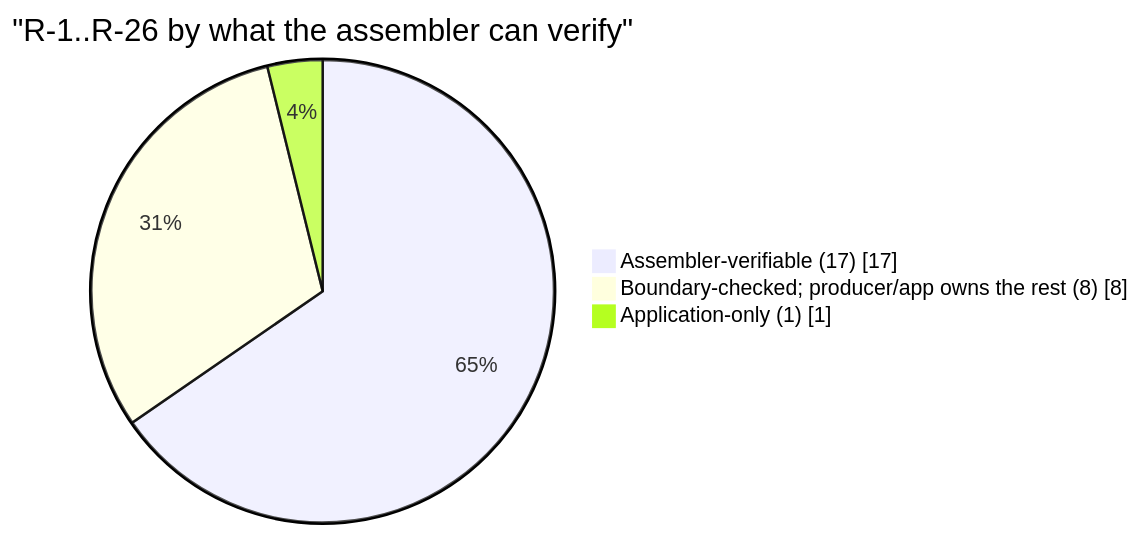
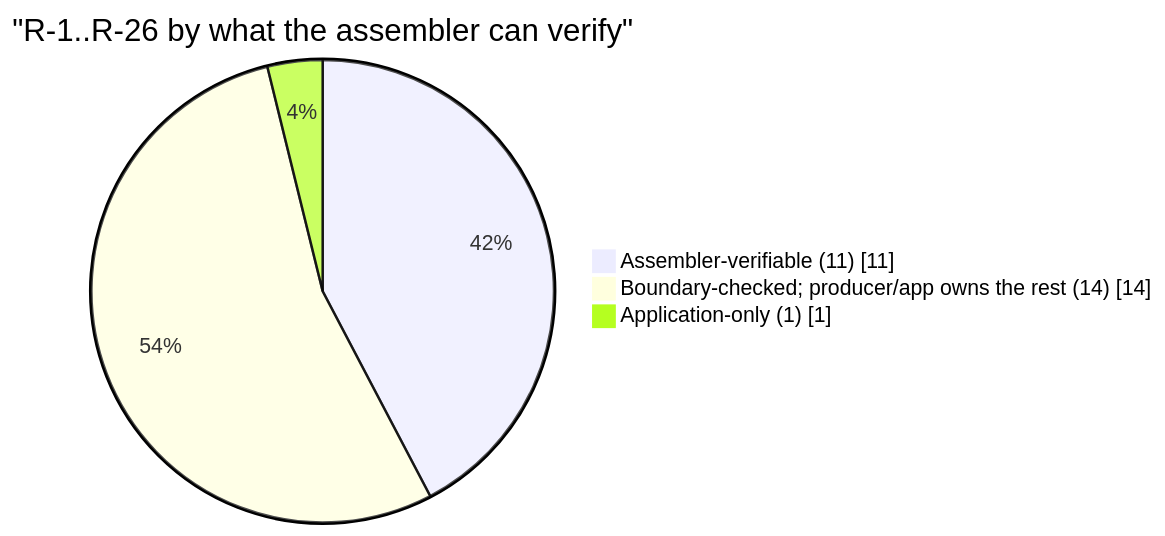
One commit to contextwindowarchitecture/assembler-python changed the first of 24 diagrams in docs/DESIGN.md. Above: the diagram before and after it, drawn with Mermaid. The commit also changed other lines of this file and 173 other files, not shown here.

````diff
--- a/docs/DESIGN.md
+++ b/docs/DESIGN.md
@@ -52,6 +52,6 @@
 ```mermaid
 pie showData title "R-1..R-26 by what the assembler can verify"
-    "Assembler-verifiable (17)" : 17
-    "Boundary-checked; producer/app owns the rest (8)" : 8
+    "Assembler-verifiable (11)" : 11
+    "Boundary-checked; producer/app owns the rest (14)" : 14
     "Application-only (1)" : 1
 ```
````
